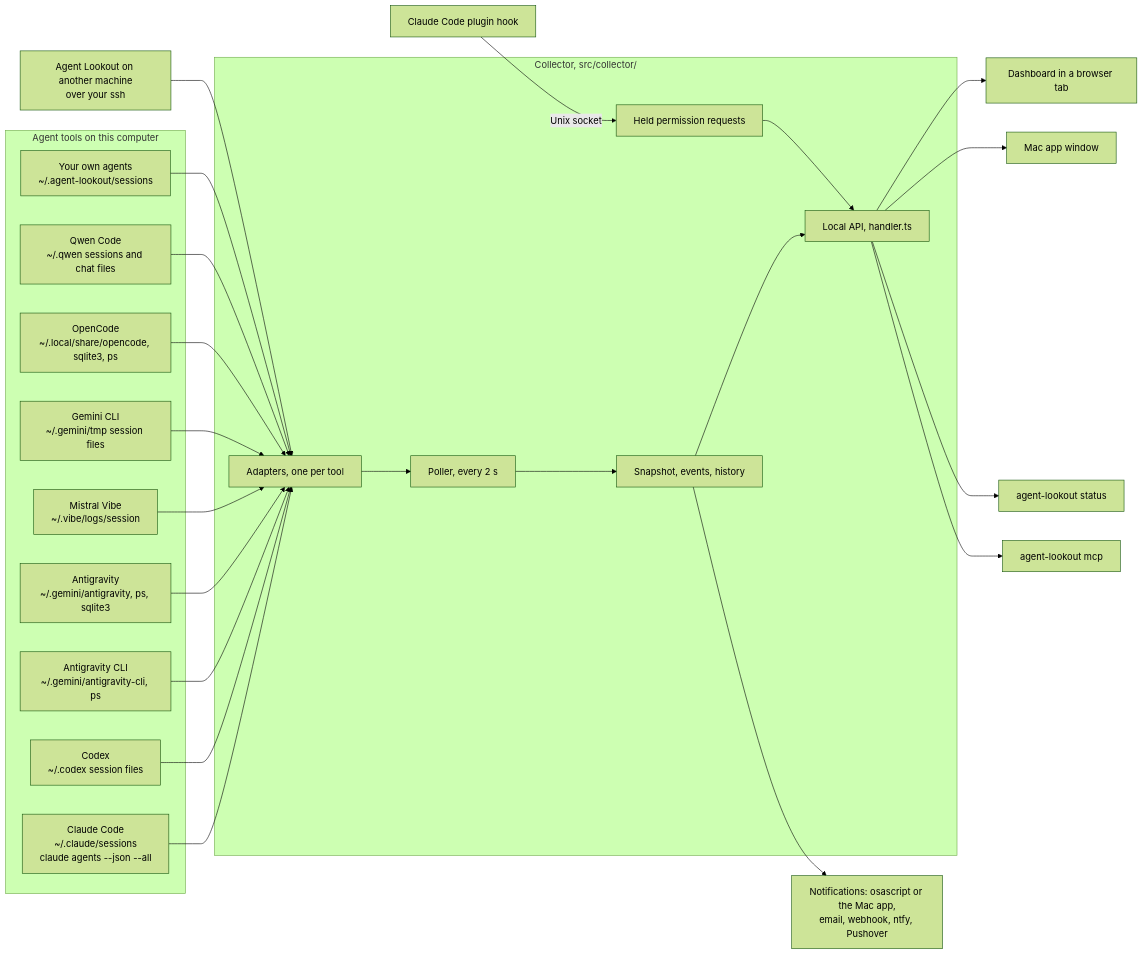
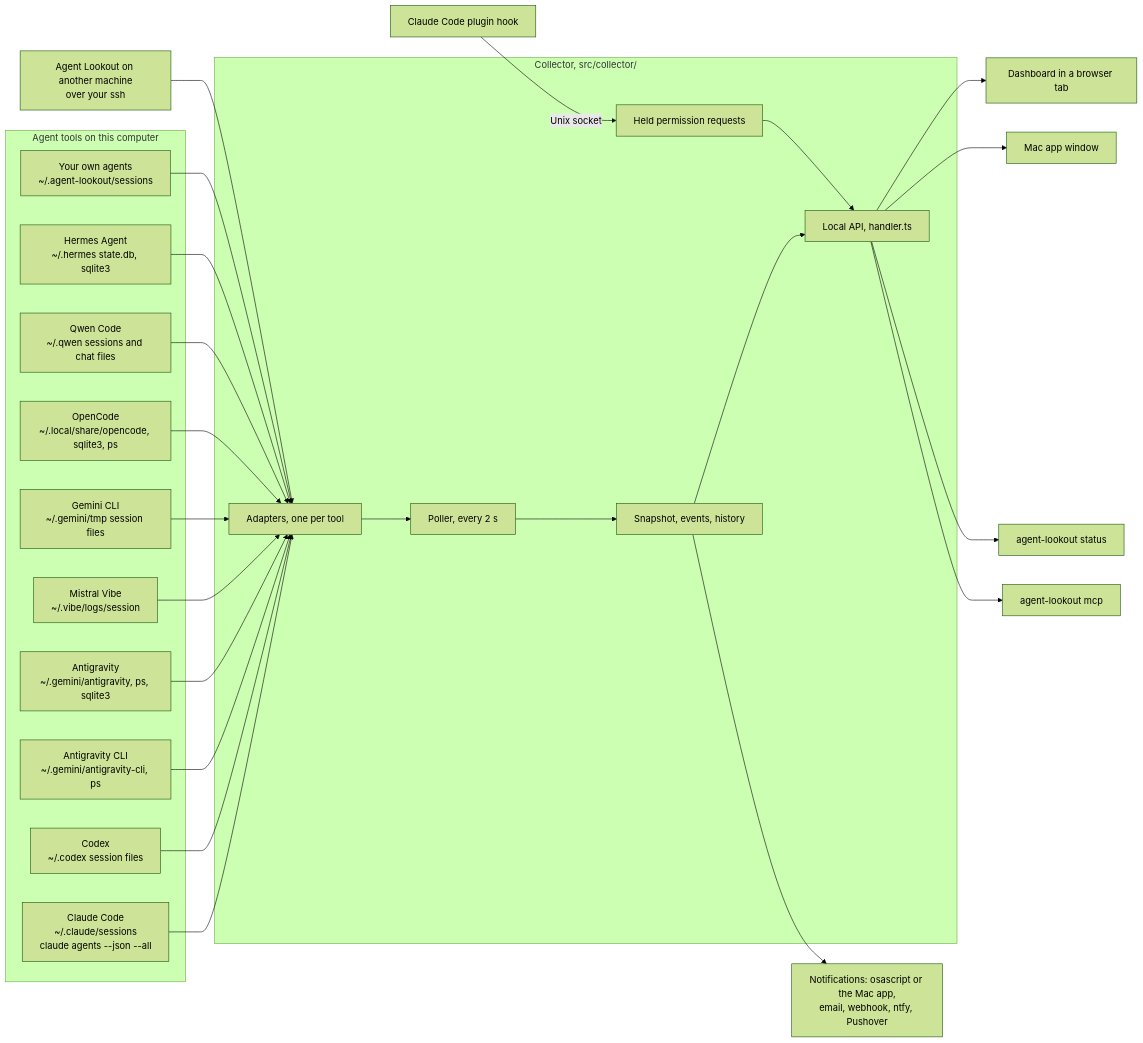
The first of 4 diagrams in docs/TOUR.md (Olanetsoft/agent-lookout), drawn with Mermaid (forest theme) before and after one commit. The commit also changed other lines of this file and 87 other files, not shown here.

Commit message:
Read Hermes Agent sessions from each profile's database (#149) (#211)

````diff
--- a/docs/TOUR.md
+++ b/docs/TOUR.md
@@ -29,41 +29,43 @@
 ```mermaid
 flowchart LR
   subgraph tools["Agent tools on this computer"]
     cc["Claude Code<br/>~/.claude/sessions<br/>claude agents --json --all"]
     cx["Codex<br/>~/.codex session files"]
     ag["Antigravity CLI<br/>~/.gemini/antigravity-cli, ps"]
     aa["Antigravity<br/>~/.gemini/antigravity, ps, sqlite3"]
     mv["Mistral Vibe<br/>~/.vibe/logs/session"]
     gc["Gemini CLI<br/>~/.gemini/tmp session files"]
     oc["OpenCode<br/>~/.local/share/opencode, sqlite3, ps"]
     qw["Qwen Code<br/>~/.qwen sessions and chat files"]
+    ha["Hermes Agent<br/>~/.hermes state.db, sqlite3"]
     sf["Your own agents<br/>~/.agent-lookout/sessions"]
   end
   remote["Agent Lookout on another machine<br/>over your ssh"]
   plugin["Claude Code plugin hook"]
   subgraph collector["Collector, src/collector/"]
     adapters["Adapters, one per tool"]
     poller["Poller, every 2 s"]
     snap["Snapshot, events, history"]
     api["Local API, handler.ts"]
     held["Held permission requests"]
   end
   cc --> adapters
   cx --> adapters
   ag --> adapters
   aa --> adapters
   mv --> adapters
   gc --> adapters
   oc --> adapters
   qw --> adapters
+  ha --> adapters
   sf --> adapters
   remote --> adapters
   plugin -->|"Unix socket"| held
   adapters --> poller --> snap --> api
   held --> api
   api --> page["Dashboard in a browser tab"]
   api --> mac["Mac app window"]
   api --> status["agent-lookout status"]
   api --> mcp["agent-lookout mcp"]
   snap --> channels["Notifications: osascript or the Mac app,<br/>email, webhook, ntfy, Pushover"]
 ```
````
